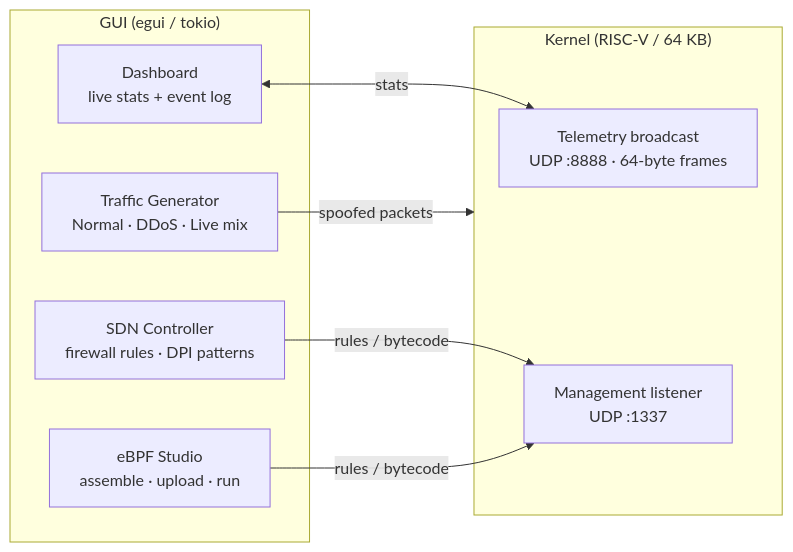
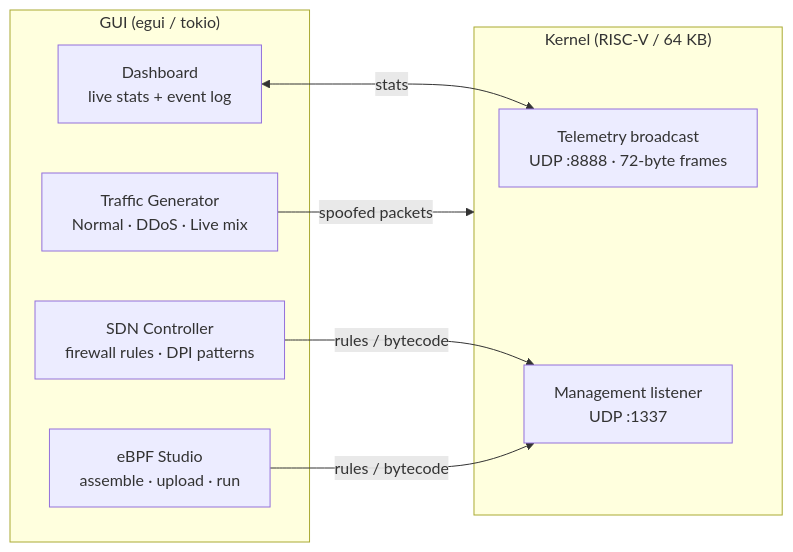
One commit to willmccallion/riscv-security-unikernel changed the third of 3 diagrams in README.md. Above: the diagram before and after it, drawn with Mermaid. The commit also changed other lines of this file and 1 other file, not shown here.

Commit message:
Fixed documentation for telemetry.

````diff
--- a/README.md
+++ b/README.md
@@ -99,18 +99,18 @@
 ```mermaid
 flowchart LR
     subgraph GUI["GUI (egui / tokio)"]
         D[Dashboard<br/>live stats + event log]
         S[SDN Controller<br/>firewall rules · DPI patterns]
         E[eBPF Studio<br/>assemble · upload · run]
         T[Traffic Generator<br/>Normal · DDoS · Live mix]
     end
 
     subgraph Kernel["Kernel (RISC-V / 64 KB)"]
-        TLM["Telemetry broadcast<br/>UDP :8888 · 64-byte frames"]
+        TLM["Telemetry broadcast<br/>UDP :8888 · 72-byte frames"]
         MGT["Management listener<br/>UDP :1337"]
     end
 
     D <-->|stats| TLM
     S & E -->|rules / bytecode| MGT
     T -->|spoofed packets| Kernel
 ```
````
